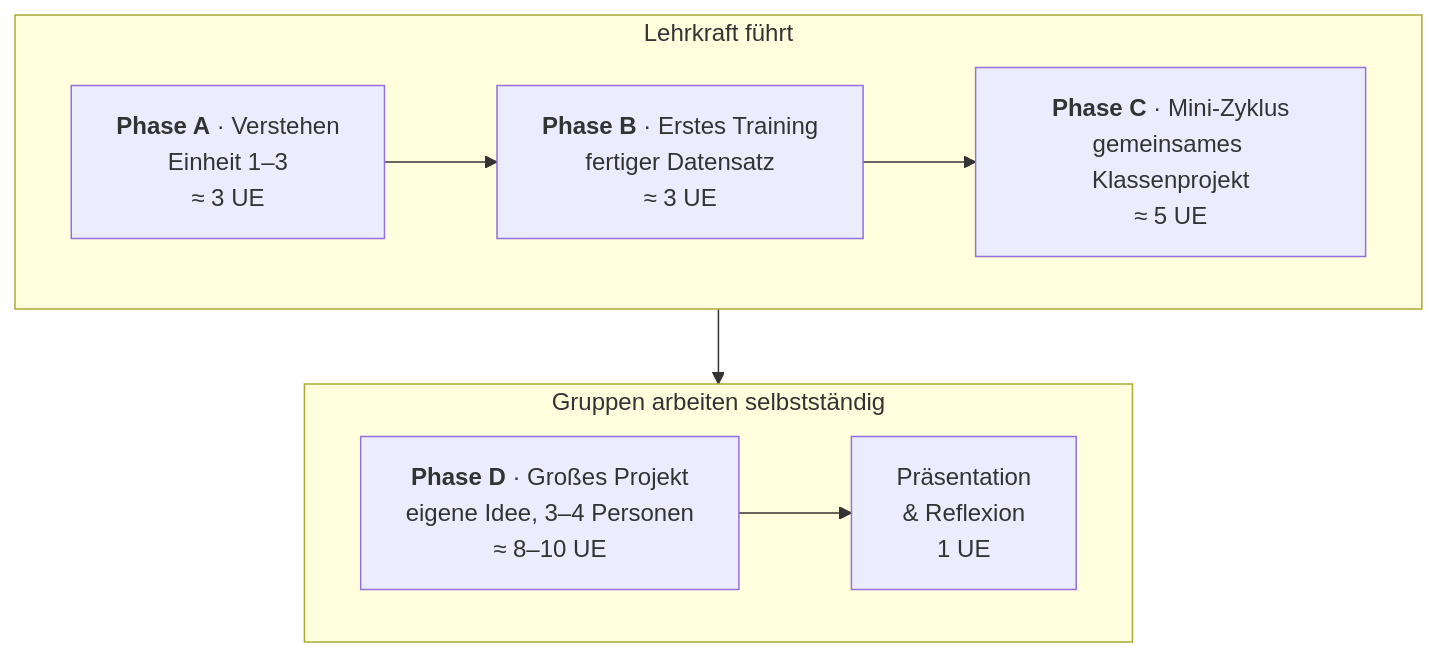
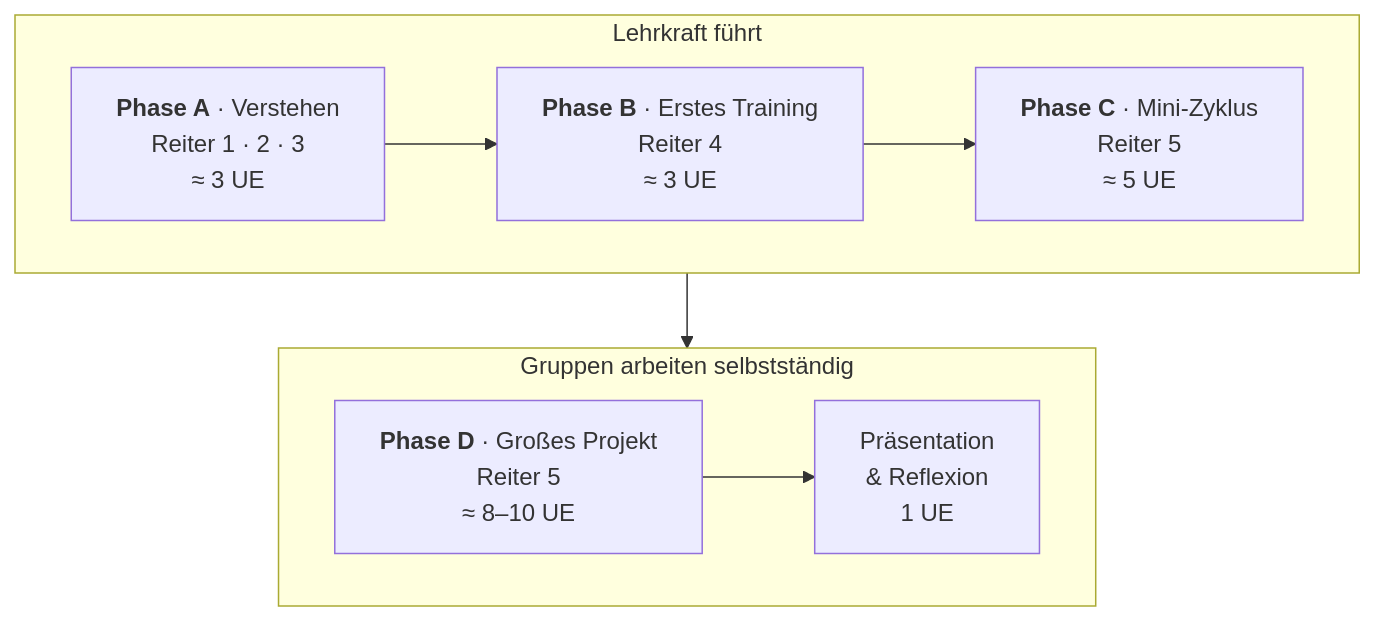
The first of 2 diagrams in docs/lehrkraefte.md (rdf-sul/YOLO_Training), drawn with Mermaid before and after one commit. The commit also changed other lines of this file and 5 other files, not shown here.

````diff
--- a/docs/lehrkraefte.md
+++ b/docs/lehrkraefte.md
@@ -9,13 +28,13 @@
 ```mermaid
 flowchart TB
     subgraph R1 ["Lehrkraft führt"]
         direction LR
-        A["<b>Phase A</b> · Verstehen<br/>Einheit 1–3<br/>≈ 3 UE"] --> B["<b>Phase B</b> · Erstes Training<br/>fertiger Datensatz<br/>≈ 3 UE"]
-        B --> C["<b>Phase C</b> · Mini-Zyklus<br/>gemeinsames Klassenprojekt<br/>≈ 5 UE"]
+        A["<b>Phase A</b> · Verstehen<br/>Reiter 1 · 2 · 3<br/>≈ 3 UE"] --> B["<b>Phase B</b> · Erstes Training<br/>Reiter 4<br/>≈ 3 UE"]
+        B --> C["<b>Phase C</b> · Mini-Zyklus<br/>Reiter 5<br/>≈ 5 UE"]
     end
     subgraph R2 ["Gruppen arbeiten selbstständig"]
         direction LR
-        D["<b>Phase D</b> · Großes Projekt<br/>eigene Idee, 3–4 Personen<br/>≈ 8–10 UE"] --> E["Präsentation<br/>& Reflexion<br/>1 UE"]
+        D["<b>Phase D</b> · Großes Projekt<br/>Reiter 5<br/>≈ 8–10 UE"] --> E["Präsentation<br/>& Reflexion<br/>1 UE"]
     end
     R1 --> R2
 ```
````
